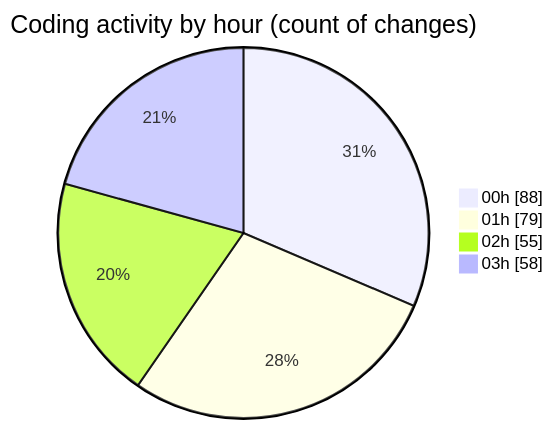
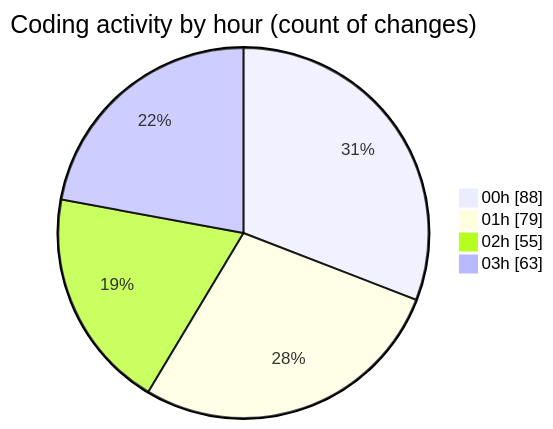
The second of 2 diagrams in 2025-08-16/rentotp/README.md (lephambinh05/code-tracking), drawn with Mermaid before and after one commit. The commit also changed other lines of this file and 1 other file, not shown here.

````diff
--- a/2025-08-16/rentotp/README.md
+++ b/2025-08-16/rentotp/README.md
@@ -63,8 +64,8 @@
 ```mermaid
 pie showData
 title Coding activity by hour (count of changes)
 "00h" : 88
 "01h" : 79
 "02h" : 55
-"03h" : 58
+"03h" : 63
 ```
````
